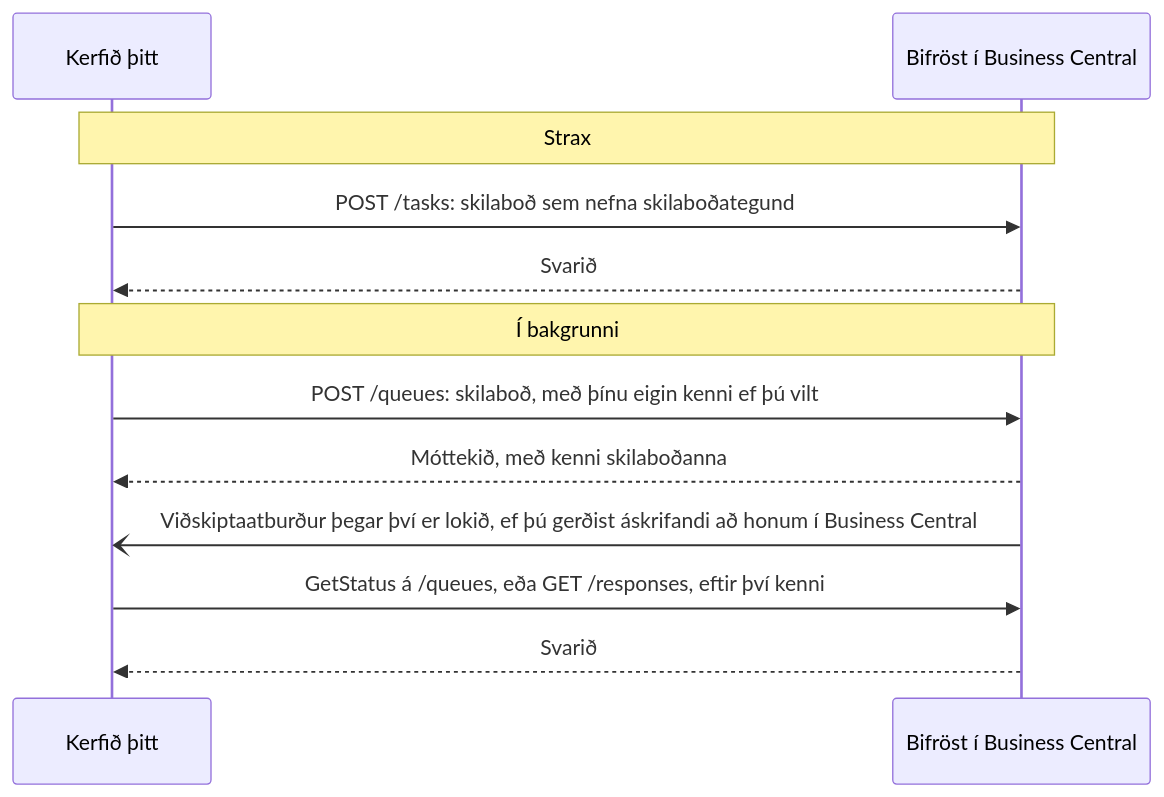
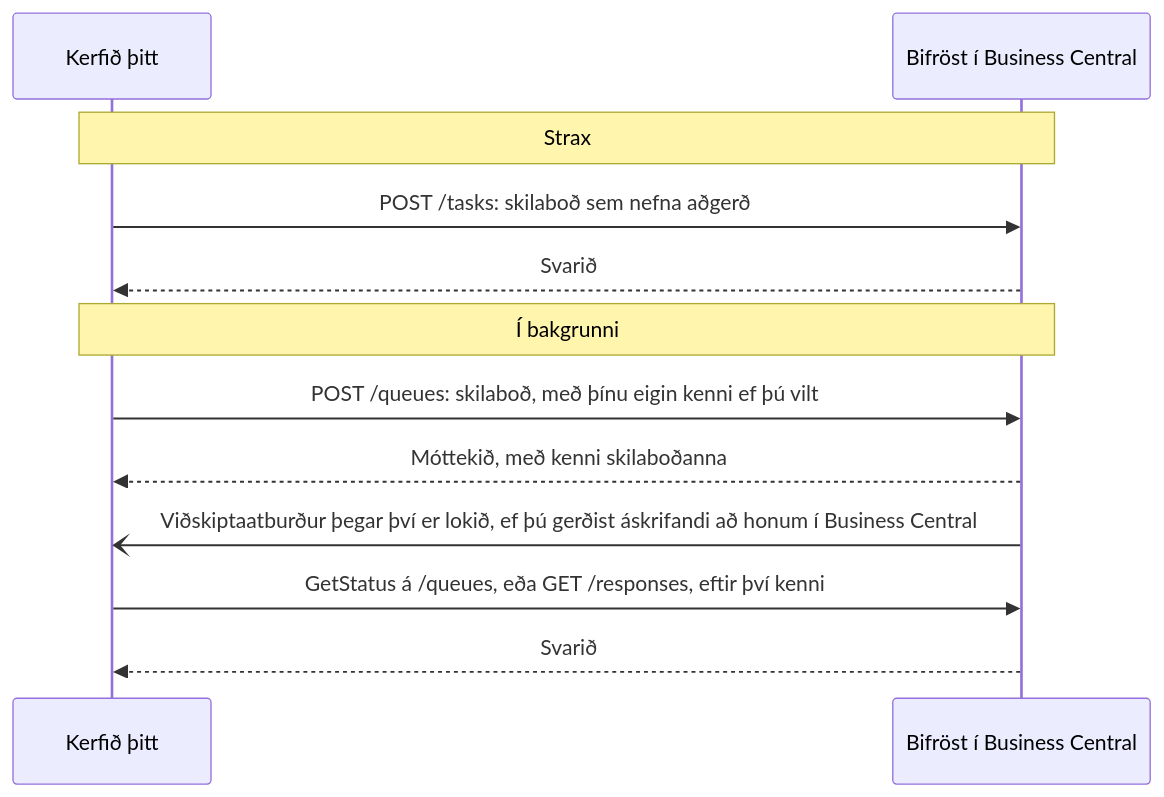
One commit to businesscentralal/bifrost changed the diagram in i18n/is-IS/docusaurus-plugin-content-docs-documentation/current/end-customers/developers.md. Above: the diagram before and after it, drawn with Mermaid. The commit also changed other lines of this file and 22 other files, not shown here.

````diff
--- a/i18n/is-IS/docusaurus-plugin-content-docs-documentation/current/end-customers/developers.md
+++ b/i18n/is-IS/docusaurus-plugin-content-docs-documentation/current/end-customers/developers.md
@@ -31,14 +31,14 @@
 ```mermaid
 sequenceDiagram
   participant S as Kerfið þitt
   participant B as Bifröst í Business Central
   Note over S,B: Strax
-  S->>B: POST /tasks: skilaboð sem nefna skilaboðategund
+  S->>B: POST /tasks: skilaboð sem nefna aðgerð
   B-->>S: Svarið
   Note over S,B: Í bakgrunni
   S->>B: POST /queues: skilaboð, með þínu eigin kenni ef þú vilt
   B-->>S: Móttekið, með kenni skilaboðanna
   B-)S: Viðskiptaatburður þegar því er lokið, ef þú gerðist áskrifandi að honum í Business Central
   S->>B: GetStatus á /queues, eða GET /responses, eftir því kenni
   B-->>S: Svarið
 ```
````
